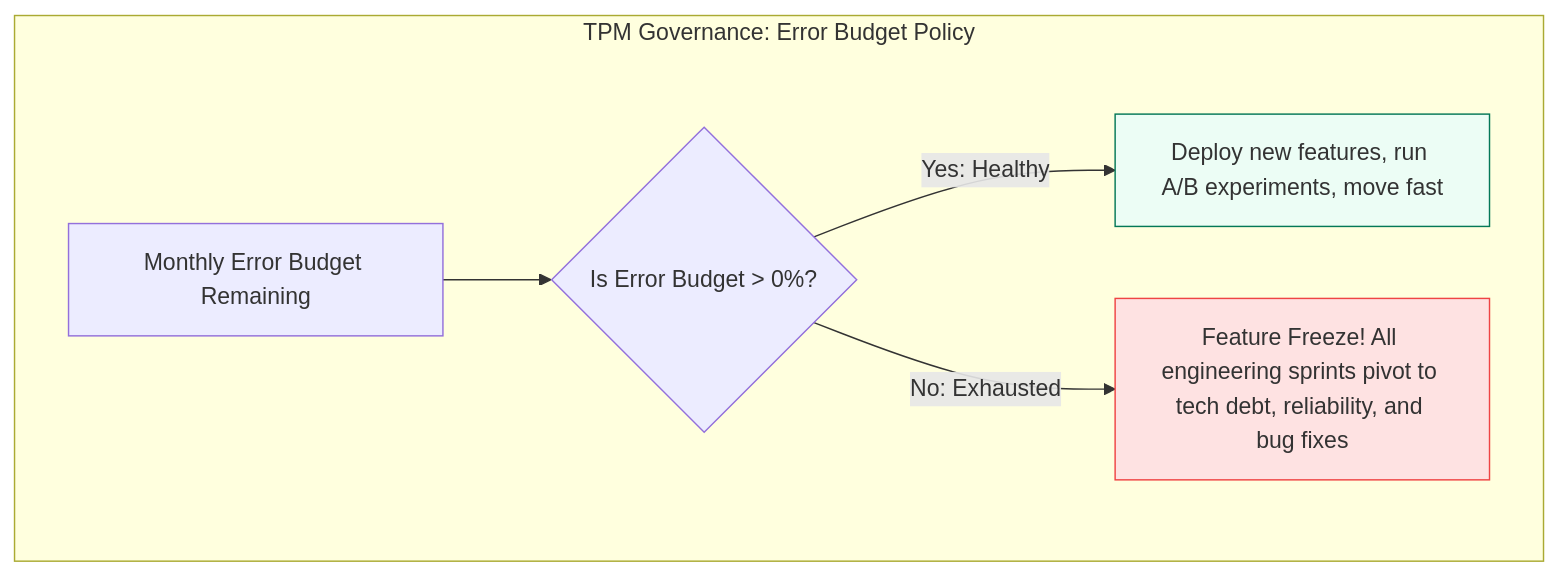
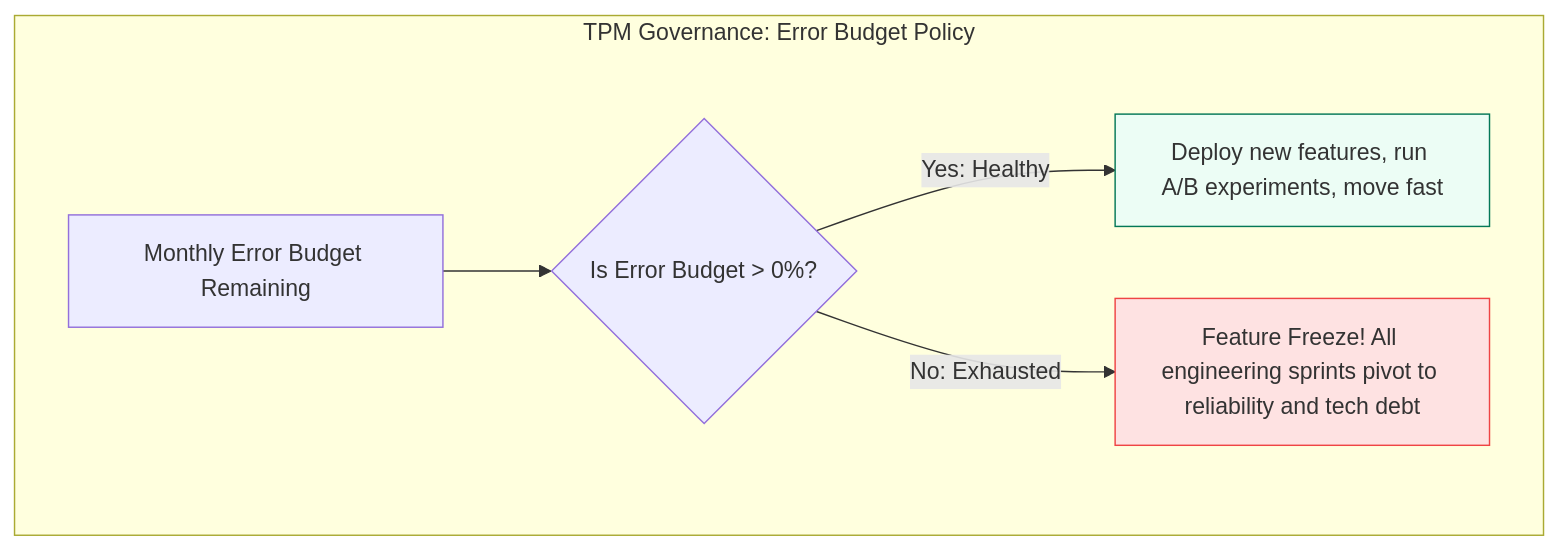
The third of 5 diagrams in 03-system-resilience-scale/03-slas-slis-slos-nfrs.md (kvai9826/system-design-for-program-managers), drawn with Mermaid before and after one commit. The commit also changed other lines of this file and 30 other files, not shown here.

````diff
--- a/03-system-resilience-scale/03-slas-slis-slos-nfrs.md
+++ b/03-system-resilience-scale/03-slas-slis-slos-nfrs.md
@@ -71,13 +75,13 @@
 ```mermaid
 flowchart TD
     subgraph ErrorBudgetPolicy [TPM Governance: Error Budget Policy]
         EB[Monthly Error Budget Remaining] --> Check{Is Error Budget > 0%?}
         Check -->|Yes: Healthy| Green[Deploy new features, run A/B experiments, move fast]
-        Check -->|No: Exhausted| Red[Feature Freeze! All engineering sprints pivot to tech debt, reliability, and bug fixes]
+        Check -->|No: Exhausted| Red[Feature Freeze! All engineering sprints pivot to reliability and tech debt]
     end
 
     classDef gStyle fill:#ecfdf5,stroke:#047857,stroke-width:1px;
     classDef rStyle fill:#fee2e2,stroke:#ef4444,stroke-width:1px;
     class Green gStyle;
     class Red rStyle;
 ```
````
